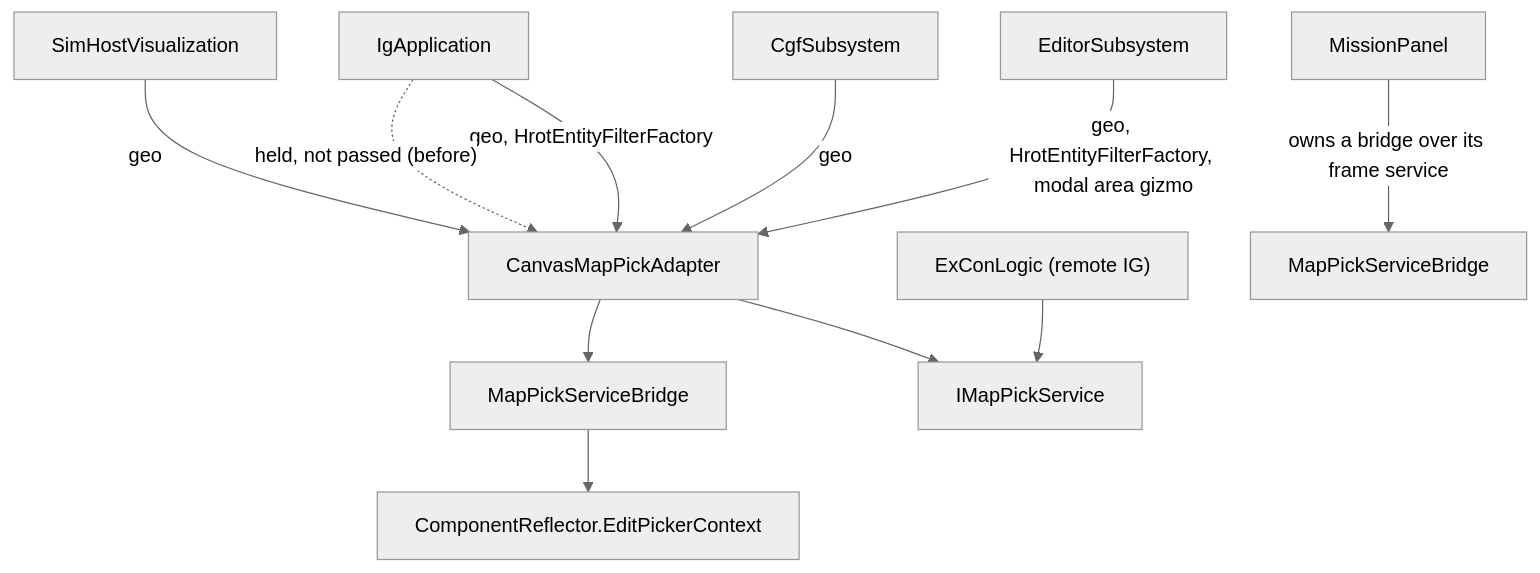
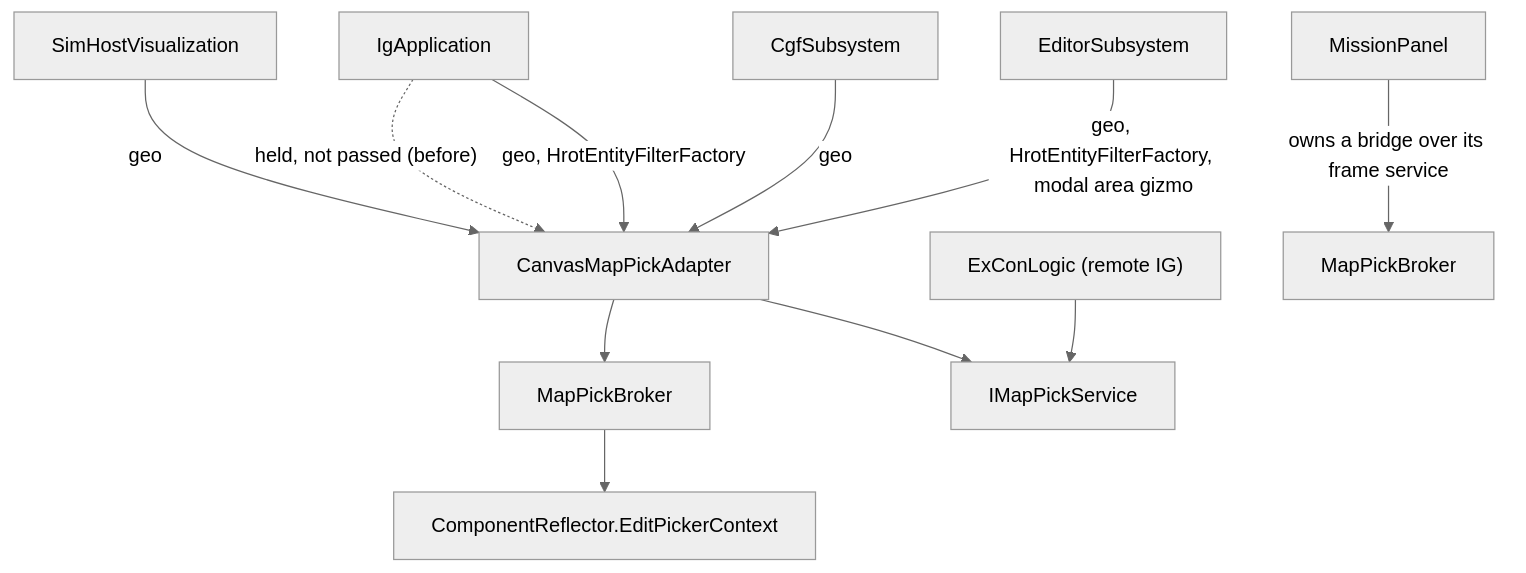
The third of 3 diagrams in docs/blueprints/DESIGN_Map_Picking_Unification.md (pjanec/HROT), drawn with Mermaid (neutral theme) before and after one commit. The commit also changed other lines of this file and 31 other files, not shown here.

````diff
--- a/docs/blueprints/DESIGN_Map_Picking_Unification.md
+++ b/docs/blueprints/DESIGN_Map_Picking_Unification.md
@@ -120,13 +120,13 @@
 ```mermaid
 graph TD
   ED["EditorSubsystem"] -- "geo, HrotEntityFilterFactory, modal area gizmo" --> AD["CanvasMapPickAdapter"]
   IG["IgApplication"] -- "geo, HrotEntityFilterFactory" --> AD
   CGF["CgfSubsystem"] -- "geo" --> AD
   SH["SimHostVisualization"] -- "geo" --> AD
   EX["ExConLogic (remote IG)"] --> SVC["IMapPickService"]
   AD --> SVC
-  AD --> BR["MapPickServiceBridge"]
+  AD --> BR["MapPickBroker"]
   BR --> CR["ComponentReflector.EditPickerContext"]
-  MP["MissionPanel"] -- "owns a bridge over its frame service" --> BR2["MapPickServiceBridge"]
+  MP["MissionPanel"] -- "owns a bridge over its frame service" --> BR2["MapPickBroker"]
   IG -. "held, not passed (before)" .-> AD
 ```
````
